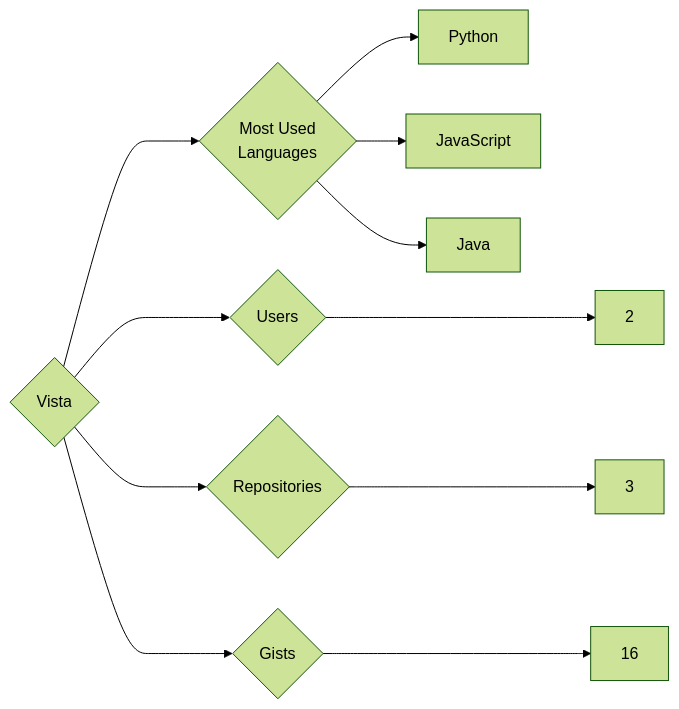
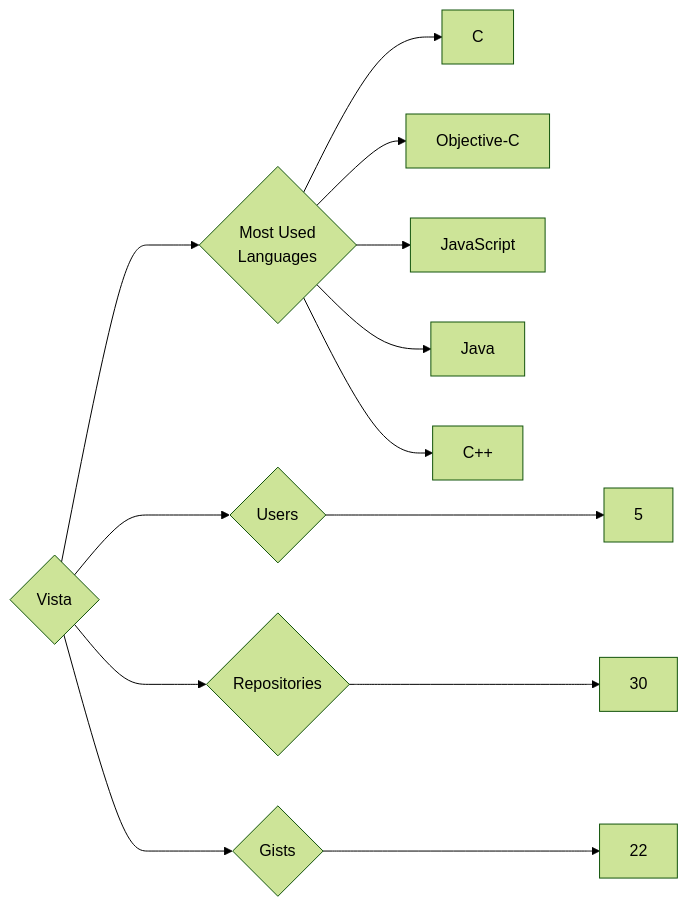
Before and after one commit to trickest/insiders: the diagram in targets/Vista/README.md, drawn with Mermaid (forest theme). The commit also changed 1496 other files, not shown here.

````diff
--- a/targets/Vista/README.md
+++ b/targets/Vista/README.md
@@ -3,11 +3,13 @@
 ```mermaid
 graph LR
 COMPANY_NAME{Vista}
-COMPANY_NAME ---> U{Users} ---> UN[2]
-COMPANY_NAME ---> R{Repositories} ---> RN[3]
-COMPANY_NAME ---> G{Gists} ---> GN[16]
+COMPANY_NAME ---> U{Users} ---> UN[5]
+COMPANY_NAME ---> R{Repositories} ---> RN[30]
+COMPANY_NAME ---> G{Gists} ---> GN[22]
 COMPANY_NAME ---> ML{Most Used<br>Languages}
-ML --> Python[Python]
+ML --> C[C]
+ML --> Objective-C[Objective-C]
 ML --> JavaScript[JavaScript]
 ML --> Java[Java]
+ML --> C++[C++]
 ```
````
